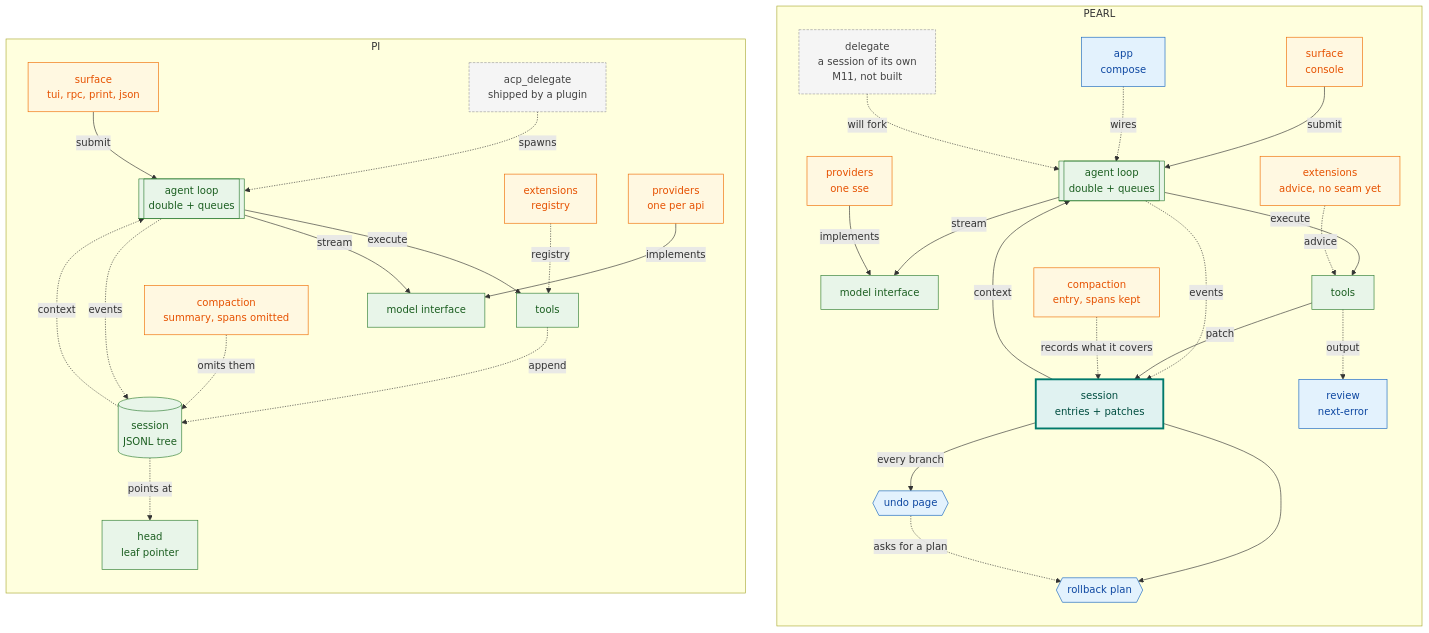
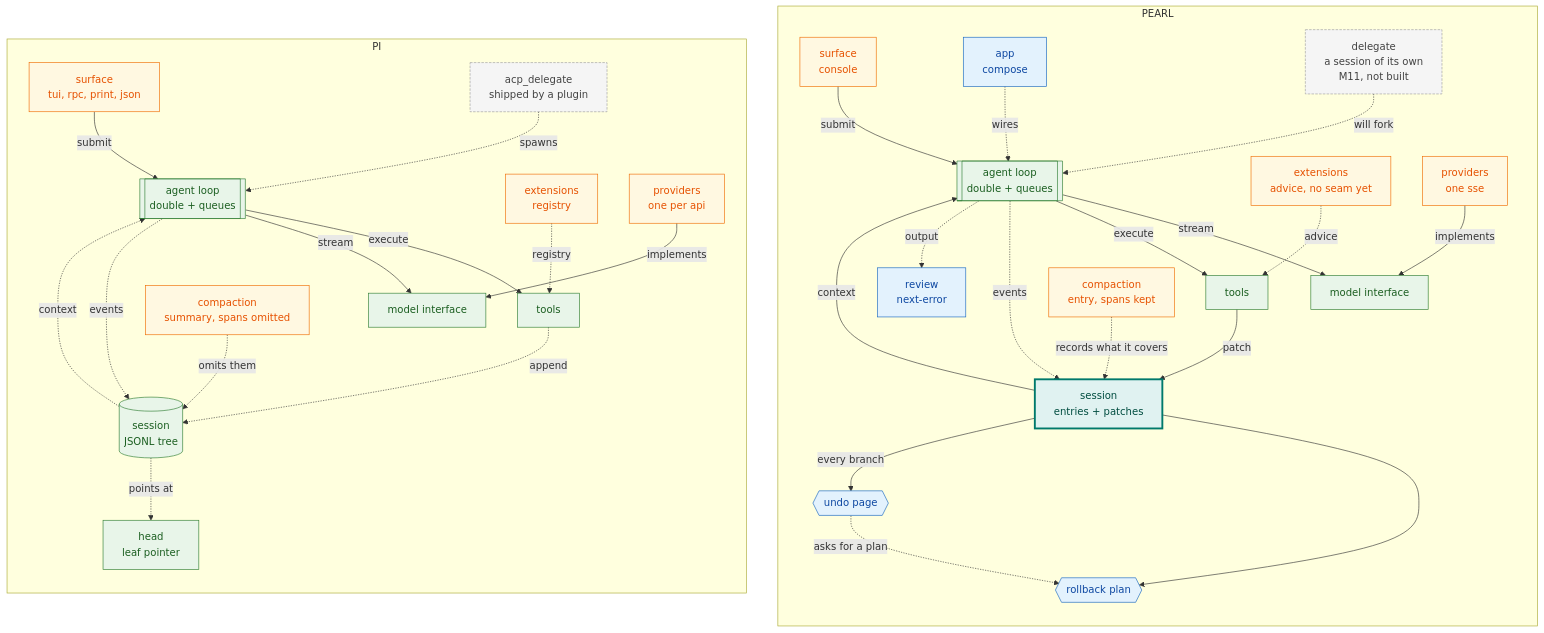
The diagram in README.md (OverbearingPearl/pearl), drawn with Mermaid before and after one commit. The commit also changed other lines of this file and 1 other file, not shown here.

First line of the commit message:
Hang the review off the loop, where its subscription actually is

````diff
--- a/README.md
+++ b/README.md
@@ -139,61 +146,61 @@
 ```mermaid
 flowchart TB
   subgraph R["PEARL"]
     direction TB
     r_surf["surface<br/>console"]
     r_app["app<br/>compose"]
     r_loop[["agent loop<br/>double + queues"]]
     r_model["model interface"]
     r_tools["tools"]
     r_ext["extensions<br/>advice, no seam yet"]
     r_prov["providers<br/>one sse"]
     r_sess["session<br/>entries + patches"]
     r_plan{{"rollback plan"}}
     r_time{{"undo page"}}
     r_review["review<br/>next-error"]
     r_compact["compaction<br/>entry, spans kept"]
     r_delegate["delegate<br/>a session of its own<br/>M11, not built"]
     r_surf -->|submit| r_loop
     r_app -.->|wires| r_loop
     r_loop -->|stream| r_model
     r_loop -->|execute| r_tools
     r_loop -.->|events| r_sess
     r_tools -->|patch| r_sess
     r_sess -->|context| r_loop
     r_sess --> r_plan
     r_sess -->|every branch| r_time
     r_time -.->|asks for a plan| r_plan
-    r_tools -.->|output| r_review
+    r_loop -.->|output| r_review
     r_compact -.->|records what it covers| r_sess
     r_delegate -.->|will fork| r_loop
     r_ext -.->|advice| r_tools
     r_prov -->|implements| r_model
   end
   subgraph L["PI"]
     direction TB
     l_surf["surface<br/>tui, rpc, print, json"] -->|submit| l_loop[["agent loop<br/>double + queues"]]
     l_loop -->|execute| l_tools["tools"]
     l_loop -->|stream| l_model["model interface"]
     l_loop -.->|events| l_sess[("session<br/>JSONL tree")]
     l_tools -.->|append| l_sess
     l_sess -.->|context| l_loop
     l_sess -.->|points at| l_leaf["head<br/>leaf pointer"]
     l_compact["compaction<br/>summary, spans omitted"] -.->|omits them| l_sess
     l_delegate["acp_delegate<br/>shipped by a plugin"] -.->|spawns| l_loop
     l_ext["extensions<br/>registry"] -.->|registry| l_tools
     l_prov["providers<br/>one per api"] -->|implements| l_model
   end
   classDef keep fill:#e8f5e9,stroke:#2e7d32,color:#1b5e20
   classDef moved fill:#e0f2f1,stroke:#00796b,color:#004d40,stroke-width:3px
   classDef added fill:#e3f2fd,stroke:#1565c0,color:#0d47a1
   classDef changed fill:#fff8e1,stroke:#ef6c00,color:#e65100
   classDef planned fill:#f5f5f5,stroke:#9e9e9e,color:#424242,stroke-dasharray:4 2
   class l_loop,l_model,l_tools,l_sess,l_leaf,r_loop,r_model,r_tools keep
   class l_surf,l_ext,l_prov changed
   class r_surf,r_ext,r_prov changed
   class l_compact,r_compact changed
   class r_app added
   class r_sess moved
   class r_plan,r_time,r_review added
   class l_delegate,r_delegate planned
 ```
````
